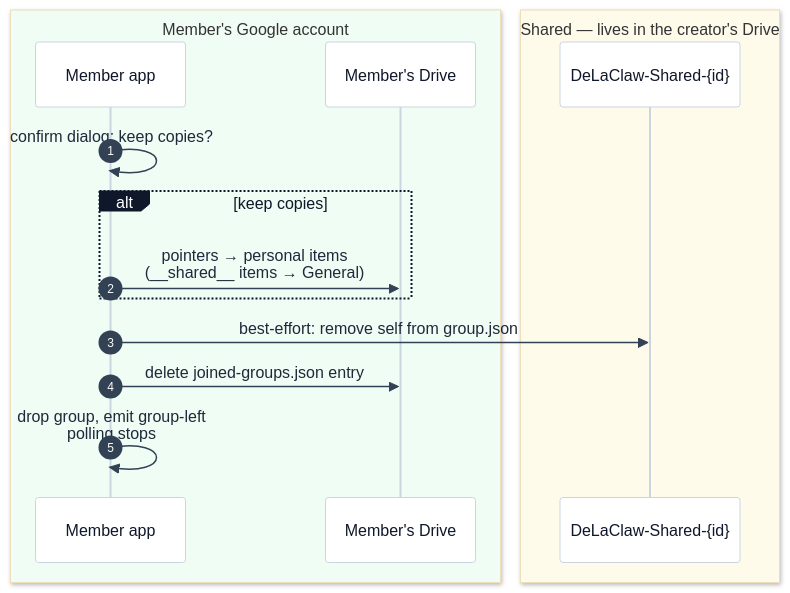
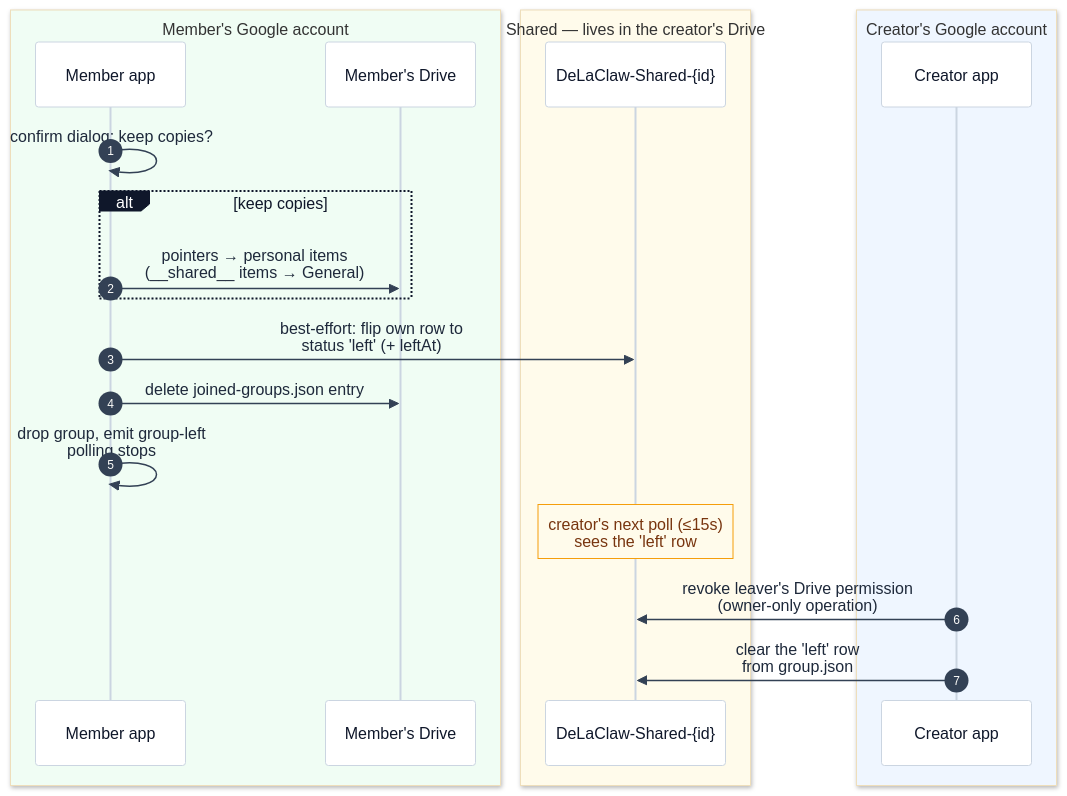
The sixth of 9 diagrams in docs-site/sharing.md (AntGro/DeLaClaw), drawn with Mermaid before and after one commit. The commit also changed other lines of this file and 9 other files, not shown here.

First line of the commit message:
feat(sharing): leaving a group revokes the leaver's Drive access

````diff
--- a/docs-site/sharing.md
+++ b/docs-site/sharing.md
@@ -266,20 +266,26 @@
 ```mermaid
 %%{init: {'theme': 'base', 'themeVariables': {'background': '#fbfaf8', 'actorBkg': '#ffffff', 'actorBorder': '#cbd5e1', 'actorTextColor': '#0f172a', 'actorLineColor': '#cbd5e1', 'signalColor': '#334155', 'signalTextColor': '#1e293b', 'noteBkgColor': '#fffbeb', 'noteBorderColor': '#f59e0b', 'noteTextColor': '#78350f', 'labelBoxBkgColor': '#0f172a', 'labelBoxBorderColor': '#0f172a', 'labelTextColor': '#ffffff'}}}%%
 sequenceDiagram
     autonumber
     box rgb(240,253,244) Member's Google account
     participant MA as Member app
     participant MD as Member's Drive
     end
     box rgb(255,251,235) Shared — lives in the creator's Drive
     participant SF as DeLaClaw-Shared-{id}
     end
+    box rgb(239,246,255) Creator's Google account
+    participant CA as Creator app
+    end
 
     MA->>MA: confirm dialog: keep copies?
     alt keep copies
     MA->>MD: pointers → personal items<br/>(__shared__ items → General)
     end
-    MA->>SF: best-effort: remove self from group.json
+    MA->>SF: best-effort: flip own row to<br/>status 'left' (+ leftAt)
     MA->>MD: delete joined-groups.json entry
     MA->>MA: drop group, emit group-left<br/>polling stops
+    Note over SF: creator's next poll (≤15s)<br/>sees the 'left' row
+    CA->>SF: revoke leaver's Drive permission<br/>(owner-only operation)
+    CA->>SF: clear the 'left' row<br/>from group.json
 ```
````
